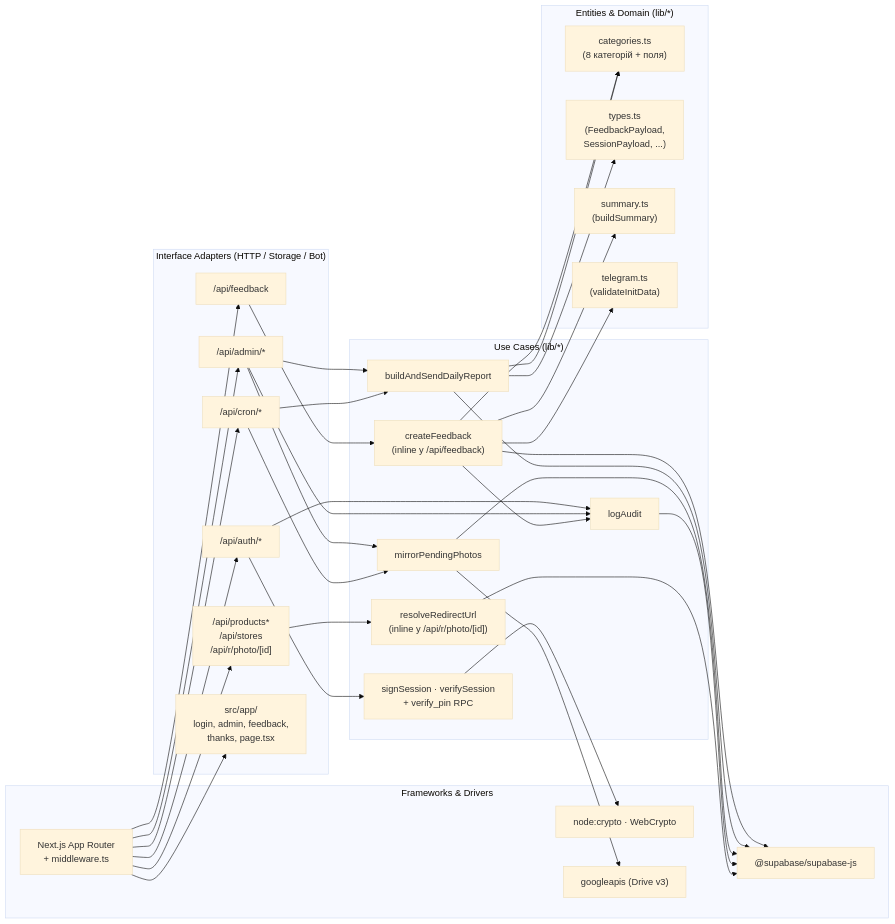
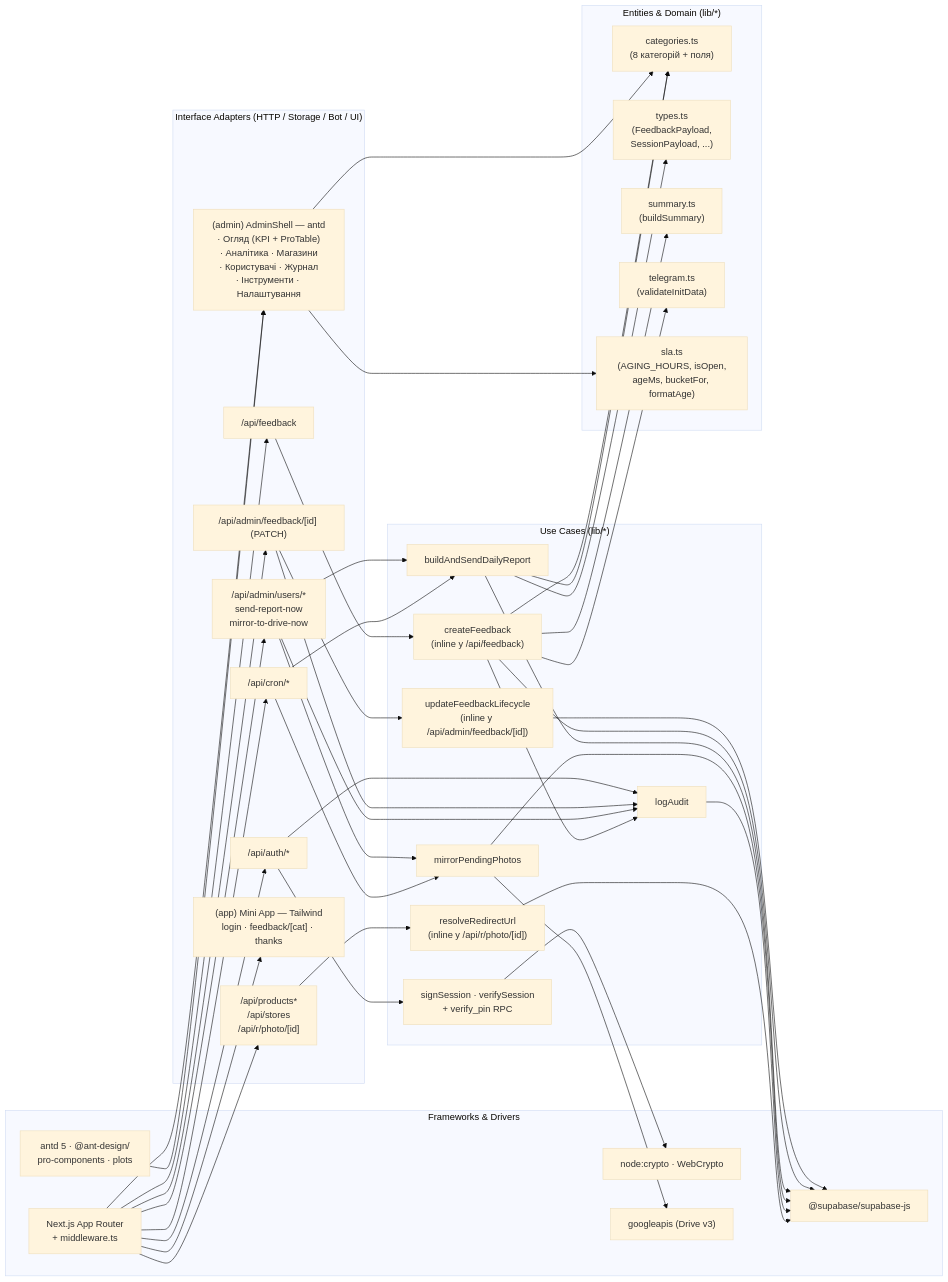
Before and after one commit to yobozavrik/feedbackGB: the diagram in docs/diagrams/03-c4-component.mmd, drawn with Mermaid (base theme). The commit also changed 10 other files, not shown here.

Commit message:
docs: lifecycle + SLA — openapi 1.1, ERD, ARCH 4.5, FEATURES

```diff
--- a/docs/diagrams/03-c4-component.mmd
+++ b/docs/diagrams/03-c4-component.mmd
@@ -1,66 +1,80 @@
 %% C4 Level 3 — Components
 %% Скомпоновано в шари Clean Architecture (детальніше у ARCHITECTURE.md).
 flowchart LR
     subgraph fw["Frameworks & Drivers"]
         next["Next.js App Router<br/>+ middleware.ts"]
         nodecrypto["node:crypto · WebCrypto"]
         sbsdk["@supabase/supabase-js"]
         google["googleapis (Drive v3)"]
+        antd["antd 5 · @ant-design/<br/>pro-components · plots"]
     end
 
-    subgraph adapters["Interface Adapters (HTTP / Storage / Bot)"]
+    subgraph adapters["Interface Adapters (HTTP / Storage / Bot / UI)"]
         routesAuth["/api/auth/*"]
         routesFeedback["/api/feedback"]
-        routesAdmin["/api/admin/*"]
+        routesAdmin["/api/admin/users/*<br/>send-report-now<br/>mirror-to-drive-now"]
+        routesLifecycle["/api/admin/feedback/[id] (PATCH)"]
         routesCron["/api/cron/*"]
         routesPub["/api/products*<br/>/api/stores<br/>/api/r/photo/[id]"]
-        clientPages["src/app/<br/>login, admin, feedback,<br/>thanks, page.tsx"]
+        miniApp["(app) Mini App — Tailwind<br/>login · feedback/[cat] · thanks"]
+        adminApp["(admin) AdminShell — antd<br/>· Огляд (KPI + ProTable)<br/>· Аналітика · Магазини<br/>· Користувачі · Журнал<br/>· Інструменти · Налаштування"]
     end
 
     subgraph usecases["Use Cases (lib/*)"]
         ucFeedback["createFeedback<br/>(inline у /api/feedback)"]
+        ucLifecycle["updateFeedbackLifecycle<br/>(inline у /api/admin/feedback/[id])"]
         ucReport["buildAndSendDailyReport"]
         ucMirror["mirrorPendingPhotos"]
         ucAuth["signSession · verifySession<br/>+ verify_pin RPC"]
         ucAudit["logAudit"]
         ucRedirect["resolveRedirectUrl<br/>(inline у /api/r/photo/[id])"]
     end
 
     subgraph entities["Entities & Domain (lib/*)"]
         catDef["categories.ts<br/>(8 категорій + поля)"]
         types["types.ts<br/>(FeedbackPayload,<br/>SessionPayload, ...)"]
         summary["summary.ts<br/>(buildSummary)"]
         telegramHmac["telegram.ts<br/>(validateInitData)"]
+        slaDom["sla.ts<br/>(AGING_HOURS, isOpen,<br/>ageMs, bucketFor, formatAge)"]
     end
 
     next --> routesAuth
     next --> routesFeedback
     next --> routesAdmin
+    next --> routesLifecycle
     next --> routesCron
     next --> routesPub
-    next --> clientPages
+    next --> miniApp
+    next --> adminApp
+    antd --> adminApp
 
     routesAuth --> ucAuth
     routesAuth --> ucAudit
     routesFeedback --> ucFeedback
+    routesLifecycle --> ucLifecycle
+    routesLifecycle --> ucAudit
     routesAdmin --> ucReport
     routesAdmin --> ucMirror
     routesAdmin --> ucAudit
     routesCron --> ucReport
     routesCron --> ucMirror
     routesPub --> ucRedirect
 
+    adminApp --> slaDom
+    adminApp --> catDef
+
     ucFeedback --> summary
     ucFeedback --> telegramHmac
     ucFeedback --> catDef
     ucFeedback --> ucAudit
+    ucLifecycle --> sbsdk
     ucReport --> catDef
     ucReport --> types
 
     ucAuth --> nodecrypto
     ucFeedback --> sbsdk
     ucReport --> sbsdk
     ucMirror --> sbsdk
     ucMirror --> google
     ucAudit --> sbsdk
     ucRedirect --> sbsdk
```
